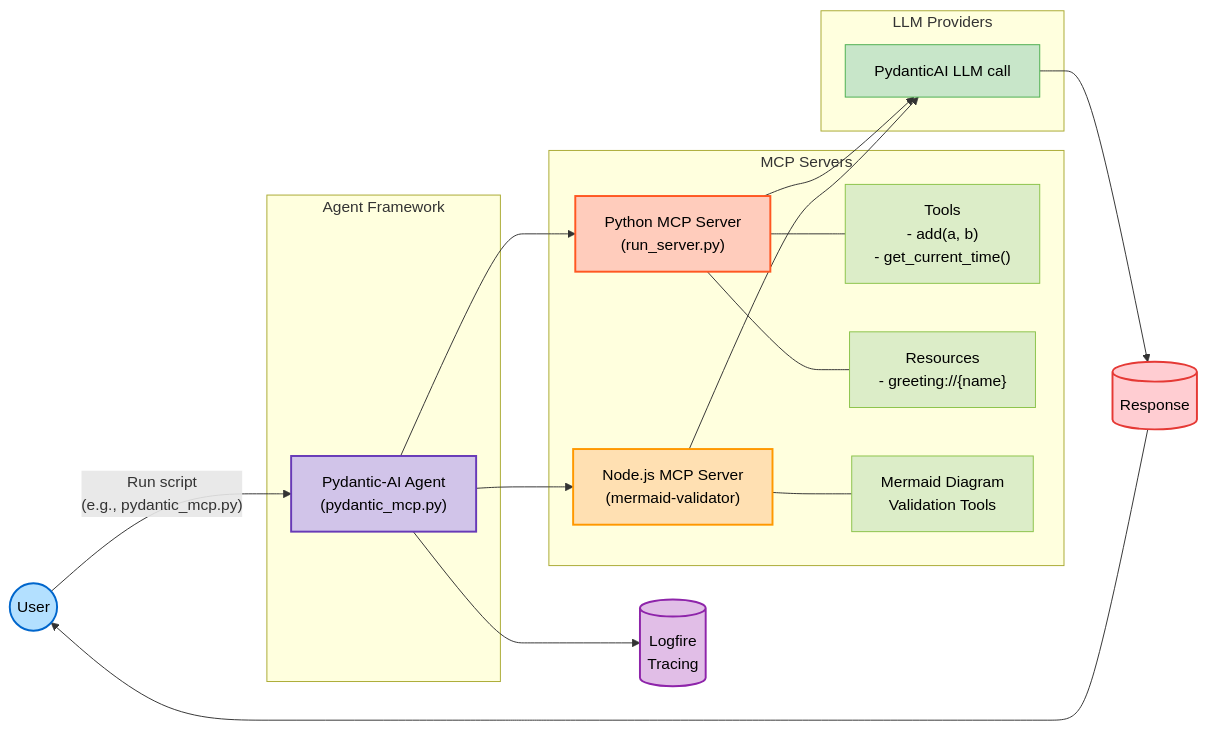
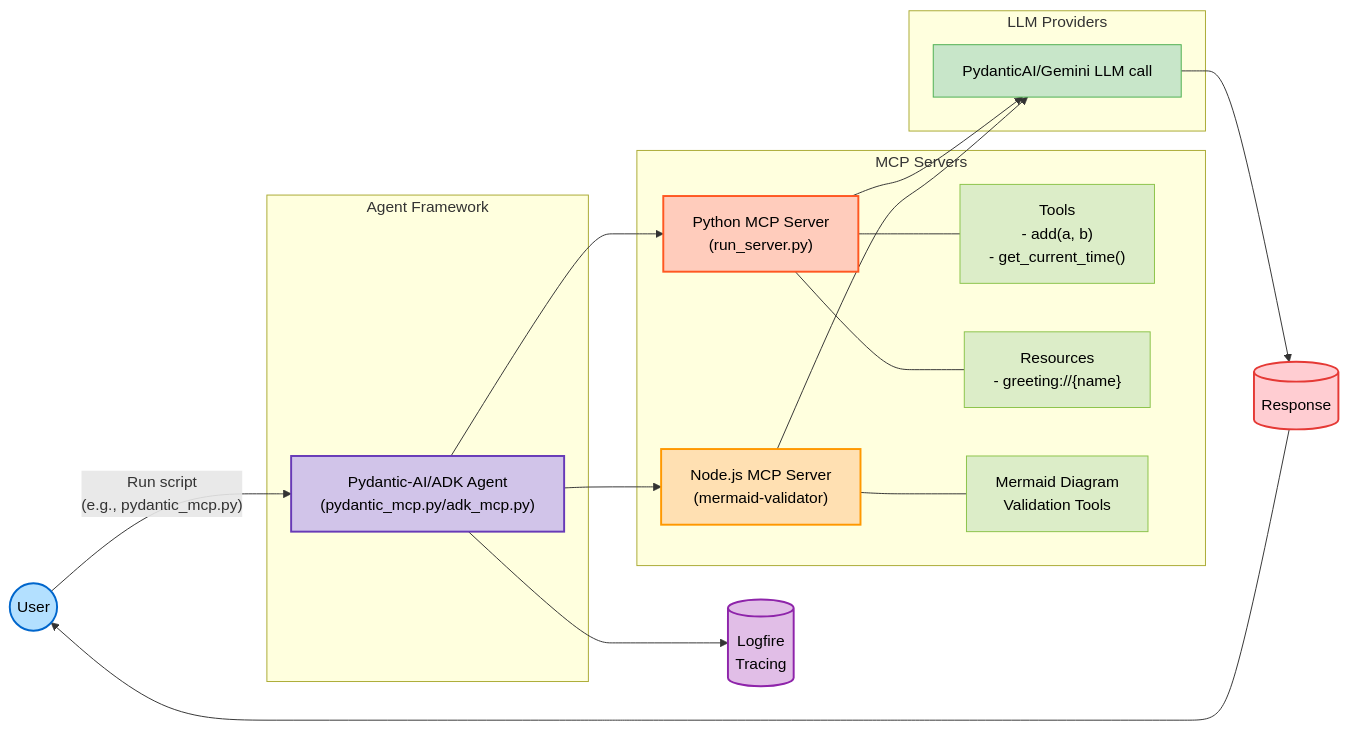
Before and after one commit to andrewginns/agents-mcp-usage: the first of 2 diagrams in agents_mcp_usage/multi_mcp/README.md, drawn with Mermaid. The commit also changed other lines of this file and 1 other file, not shown here.

Commit message:
feat: Add Google ADK multi-mcp agent

````diff
--- a/agents_mcp_usage/multi_mcp/README.md
+++ b/agents_mcp_usage/multi_mcp/README.md
@@ -29,59 +32,59 @@
 ```mermaid
 graph LR
     User((User)) --> |"Run script<br>(e.g., pydantic_mcp.py)"| Agent
 
     subgraph "Agent Framework"
-        Agent["Pydantic-AI Agent<br>(pydantic_mcp.py)"]
+        Agent["Pydantic-AI/ADK Agent<br>(pydantic_mcp.py/adk_mcp.py)"]
     end
 
     subgraph "MCP Servers"
         PythonMCP["Python MCP Server<br>(run_server.py)"]
         NodeMCP["Node.js MCP Server<br>(mermaid-validator)"]
         
         Tools["Tools<br>- add(a, b)<br>- get_current_time()"]
         Resources["Resources<br>- greeting://{name}"]
         MermaidValidator["Mermaid Diagram<br>Validation Tools"]
         
         PythonMCP --- Tools
         PythonMCP --- Resources
         NodeMCP --- MermaidValidator
     end
 
     subgraph "LLM Providers"
-        LLMs["PydanticAI LLM call"]
+        LLMs["PydanticAI/Gemini LLM call"]
     end
     
     Logfire[("Logfire<br>Tracing")]
     
     Agent --> PythonMCP
     Agent --> NodeMCP
     
     PythonMCP --> LLMs
     NodeMCP --> LLMs
     
     Agent --> Logfire
     
     LLM_Response[("Response")] --> User
     LLMs --> LLM_Response
 
     %% Node styling for better dark/light mode readability
     classDef userNode fill:#b3e0ff,stroke:#0066cc,stroke-width:2px,color:#000000;
     classDef agentNode fill:#d1c4e9,stroke:#673ab7,stroke-width:2px,color:#000000;
     classDef mcpNode fill:#ffccbc,stroke:#ff5722,stroke-width:2px,color:#000000;
     classDef pythonMcpNode fill:#ffccbc,stroke:#ff5722,stroke-width:2px,color:#000000;
     classDef nodeMcpNode fill:#ffe0b2,stroke:#ff9800,stroke-width:2px,color:#000000;
     classDef toolNode fill:#dcedc8,stroke:#8bc34a,stroke-width:1px,color:#000000;
     classDef llmNode fill:#c8e6c9,stroke:#4caf50,stroke-width:1px,color:#000000;
     classDef outputNode fill:#ffcdd2,stroke:#e53935,stroke-width:2px,color:#000000;
     classDef logNode fill:#e1bee7,stroke:#8e24aa,stroke-width:2px,color:#000000;
 
     %% Apply styles to nodes
     class User userNode;
     class Agent agentNode;
     class PythonMCP pythonMcpNode;
     class NodeMCP nodeMcpNode;
     class Tools,Resources,MermaidValidator toolNode;
     class LLMs llmNode;
     class LLM_Response outputNode;
     class Logfire logNode;
 ```
````
